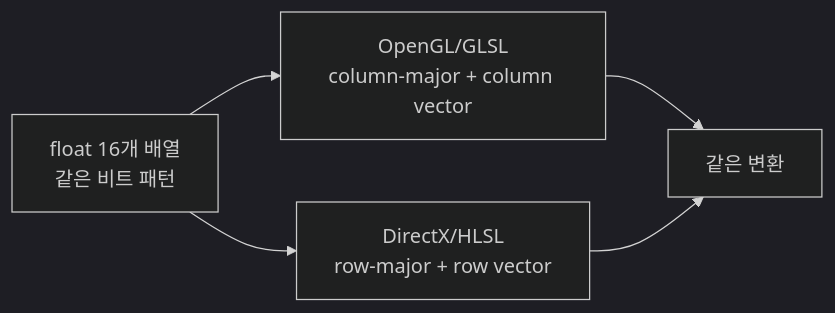
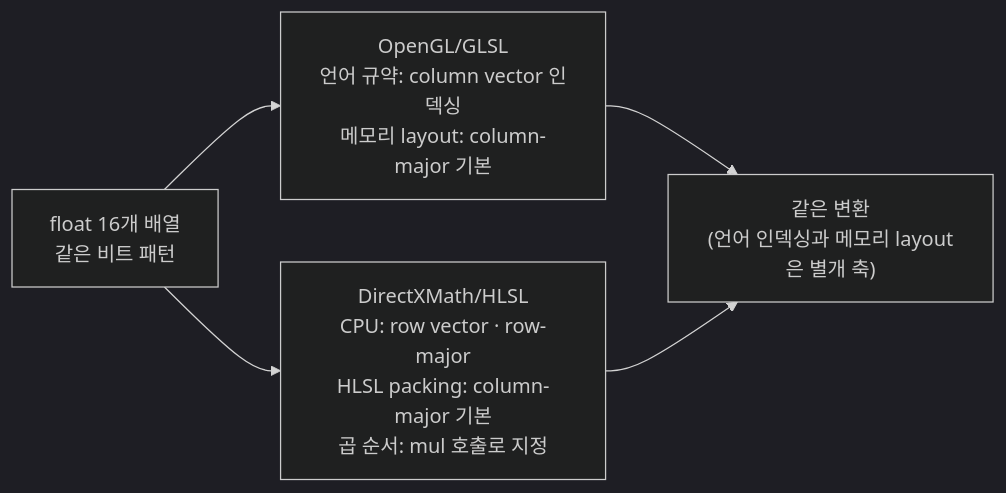
The fourth of 4 diagrams in math/part03_matrices.md (Rein-ArXiv/game-dev-curriculum), drawn with Mermaid (dark theme) before and after one commit. The commit also changed other lines of this file and 279 other files, not shown here.

````diff
--- a/math/part03_matrices.md
+++ b/math/part03_matrices.md
@@ -839,8 +858,8 @@
 ```mermaid
 flowchart LR
     Float16["float 16개 배열<br/>같은 비트 패턴"]
-    Float16 --> GL["OpenGL/GLSL<br/>column-major + column vector"]
-    Float16 --> DX["DirectX/HLSL<br/>row-major + row vector"]
-    GL --> Same[같은 변환]
+    Float16 --> GL["OpenGL/GLSL<br/>언어 규약: column vector 인덱싱<br/>메모리 layout: column-major 기본"]
+    Float16 --> DX["DirectXMath/HLSL<br/>CPU: row vector · row-major<br/>HLSL packing: column-major 기본<br/>곱 순서: mul 호출로 지정"]
+    GL --> Same["같은 변환<br/>(언어 인덱싱과 메모리 layout은 별개 축)"]
     DX --> Same
 ```
````
